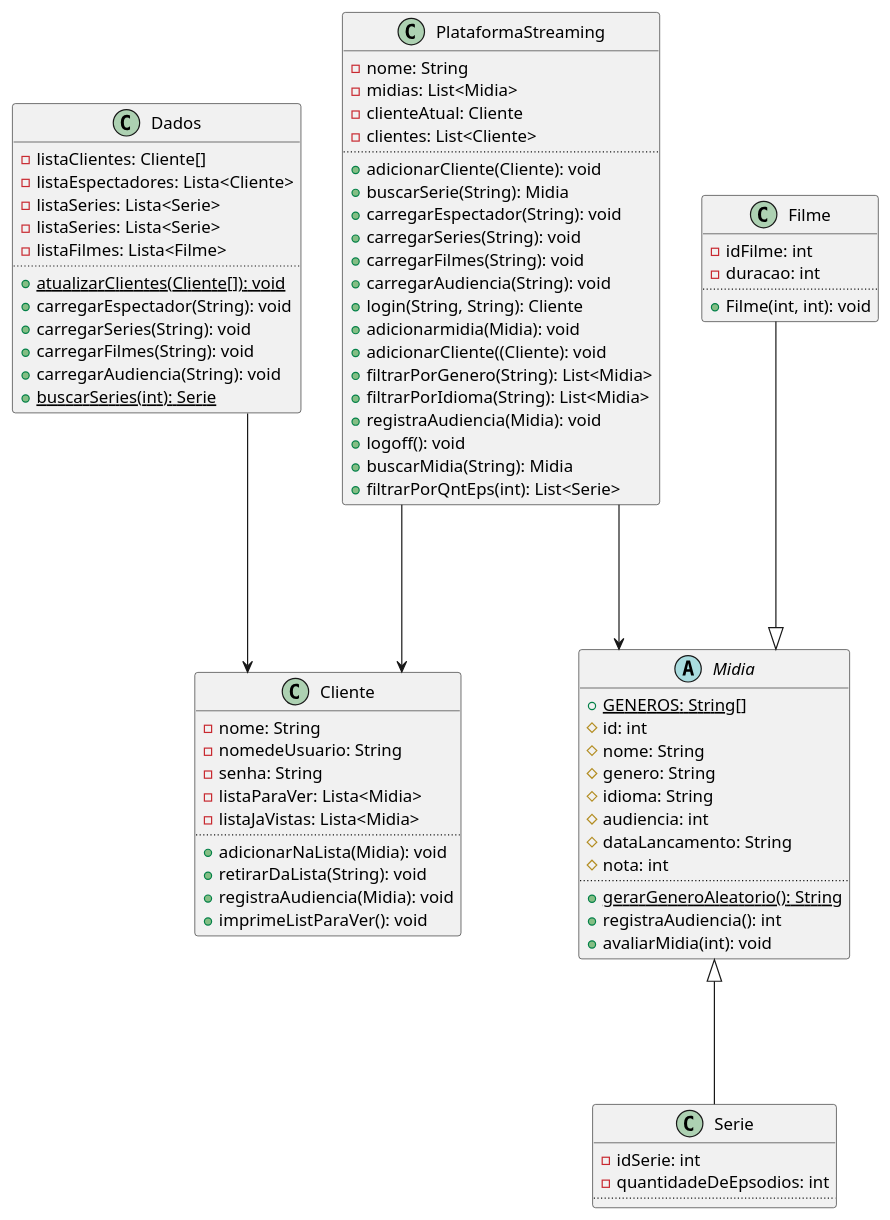
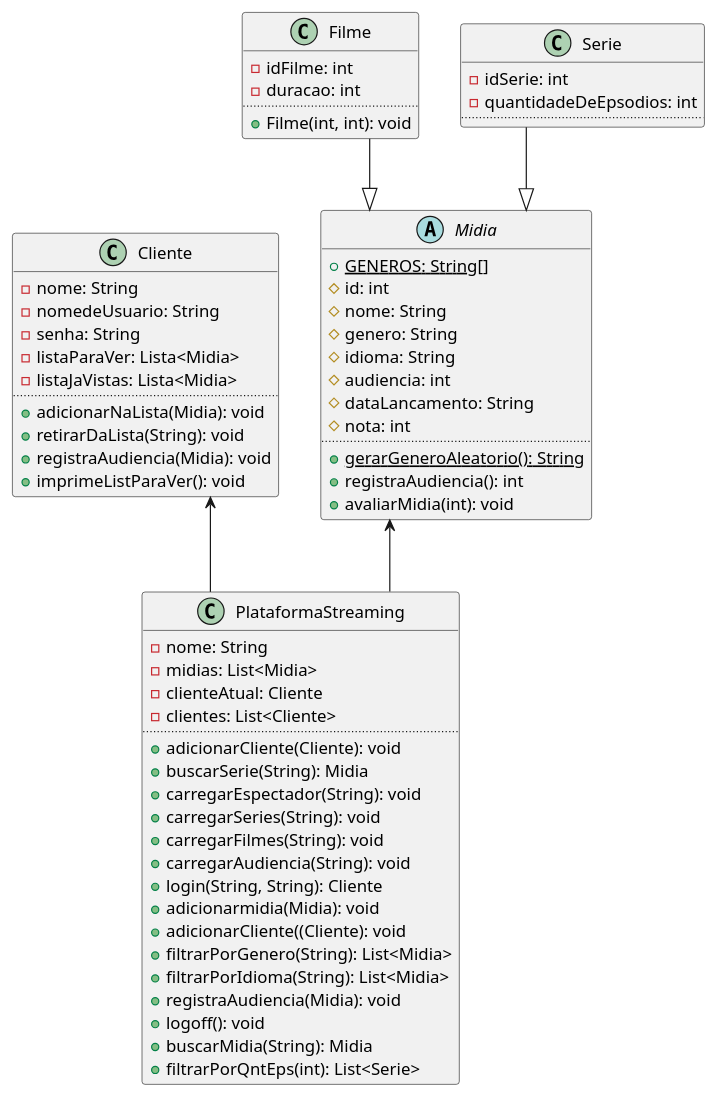
One commit to DisciplinasProgramacao/lpm_projetos_3_4_5-grupo2 changed the diagram in docs/diagramas/UML.plantuml. Above: the diagram before and after it, drawn with PlantUML. The commit also changed 2 other files, not shown here.

Commit message:
Update UML 3

```diff
--- a/docs/diagramas/UML.plantuml
+++ b/docs/diagramas/UML.plantuml
@@ -1,88 +1,72 @@
 @startuml
 skinparam linetype ortho
 
 class Cliente {
   - nome: String
   - nomedeUsuario: String
   - senha: String
   - listaParaVer: Lista<Midia>
   - listaJaVistas: Lista<Midia>
   ..
   + adicionarNaLista(Midia): void
   + retirarDaLista(String): void
   + registraAudiencia(Midia): void
   + imprimeListParaVer(): void
-}
-
-class Dados {
-  - listaClientes: Cliente[]
-  - listaEspectadores: Lista<Cliente>
-  - listaSeries: Lista<Serie>
-  - listaSeries: Lista<Serie>
-  - listaFilmes: Lista<Filme>
-  ..
-  + {static} atualizarClientes(Cliente[]): void
-  + carregarEspectador(String): void
-  + carregarSeries(String): void
-  + carregarFilmes(String): void
-  + carregarAudiencia(String): void
-  + {static} buscarSeries(int): Serie
 }
 
 abstract class Midia {
   + {static} GENEROS: String[]
   # id: int
   # nome: String
   # genero: String
   # idioma: String
   # audiencia: int
   # dataLancamento: String
   # nota: int
   ..
   + {static} gerarGeneroAleatorio(): String
   + registraAudiencia(): int
   + avaliarMidia(int): void
 }
 
 class Filme{
   - idFilme: int
   - duracao: int
   ..
   +Filme(int, int): void
 }
 
 class Serie {
   - idSerie: int
   - quantidadeDeEpsodios: int
   ..
 }
 
 class PlataformaStreaming {
   - nome: String
   - midias: List<Midia>
   - clienteAtual: Cliente
   - clientes: List<Cliente>
   ..
   + adicionarCliente(Cliente): void
   + buscarSerie(String): Midia
   + carregarEspectador(String): void
   + carregarSeries(String): void
   + carregarFilmes(String): void
   + carregarAudiencia(String): void
   + login(String, String): Cliente
   + adicionarmidia(Midia): void
   + adicionarCliente((Cliente): void
   + filtrarPorGenero(String): List<Midia>
   + filtrarPorIdioma(String): List<Midia>
   + registraAudiencia(Midia): void
   + logoff(): void
   + buscarMidia(String): Midia
   + filtrarPorQntEps(int): List<Serie>
 }
 
-Filme ---|> Midia
-Midia <|--- Serie
-Dados ---> Cliente
-PlataformaStreaming ---> Midia
-PlataformaStreaming ---> Cliente
+Filme --|> Midia
+Serie --|> Midia
+Midia <-- PlataformaStreaming
+Cliente <-- PlataformaStreaming
 @enduml
```
